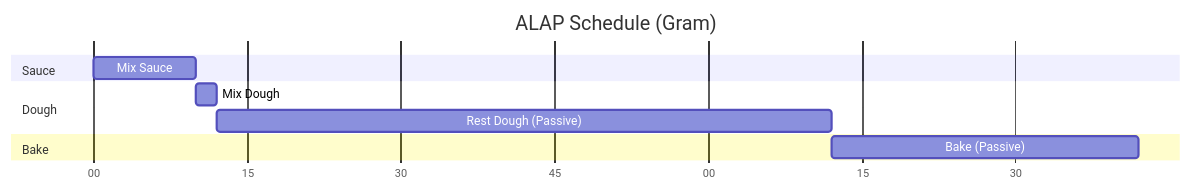
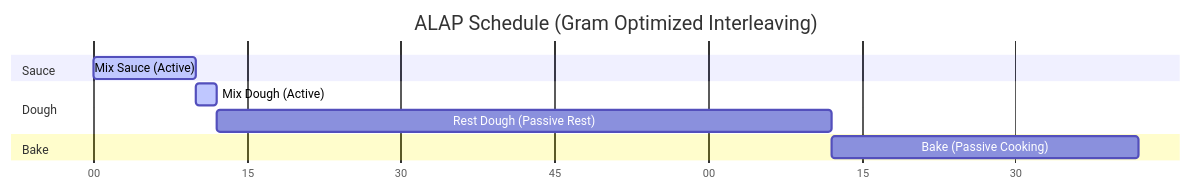
Before and after one commit to gram-lang/gram: the second of 3 diagrams in packages/docs/src/explanation/alap-scheduling.md, drawn with Mermaid. The commit also changed other lines of this file and 8 other files, not shown here.

Commit message:
docs: update and add mermaid diagrams across documentation

````diff
--- a/packages/docs/src/explanation/alap-scheduling.md
+++ b/packages/docs/src/explanation/alap-scheduling.md
@@ -47,16 +47,16 @@
 ```mermaid
 gantt
-    title ALAP Schedule (Gram)
+    title ALAP Schedule (Gram Optimized Interleaving)
     dateFormat  m
     axisFormat %M
     
     section Sauce
-    Mix Sauce : b1, 0, 10m
+    Mix Sauce (Active)             : active, b1, 0, 10m
     
     section Dough
-    Mix Dough : b2, after b1, 2m
-    Rest Dough (Passive) : b3, after b2, 60m
+    Mix Dough (Active)             : active, b2, after b1, 2m
+    Rest Dough (Passive Rest)      : b3, after b2, 60m
     
     section Bake
-    Bake (Passive) : b4, after b3, 30m
+    Bake (Passive Cooking)         : b4, after b3, 30m
 ```
````
